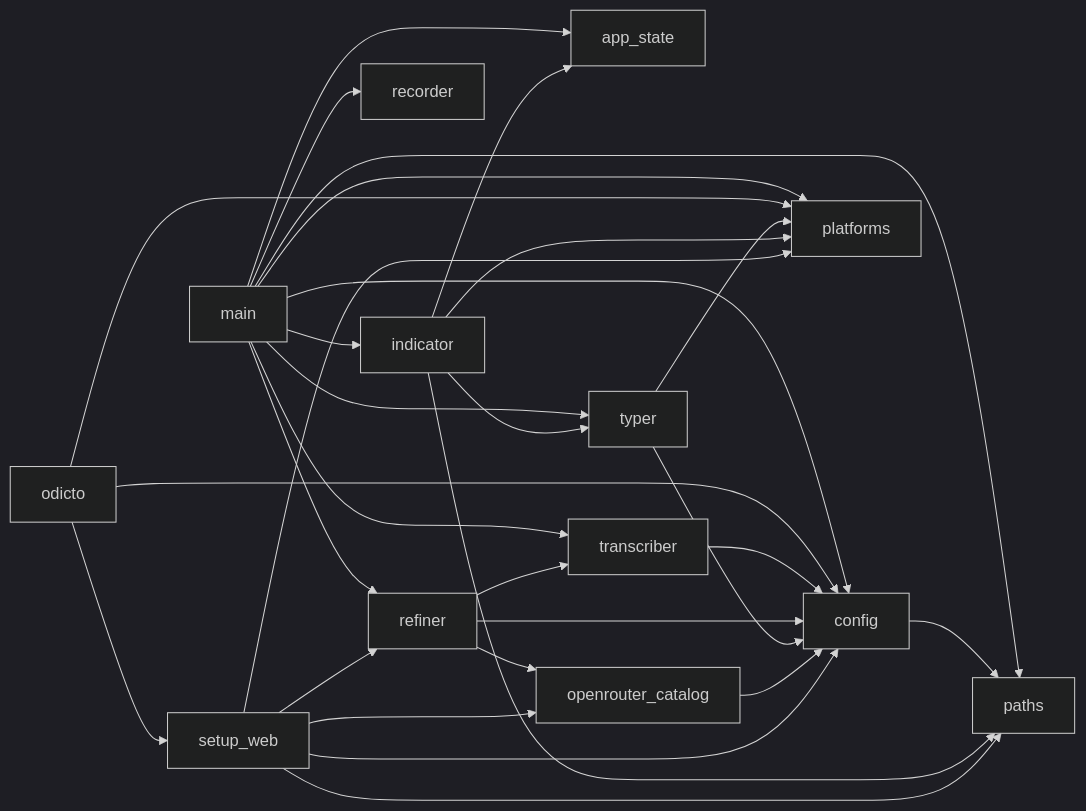
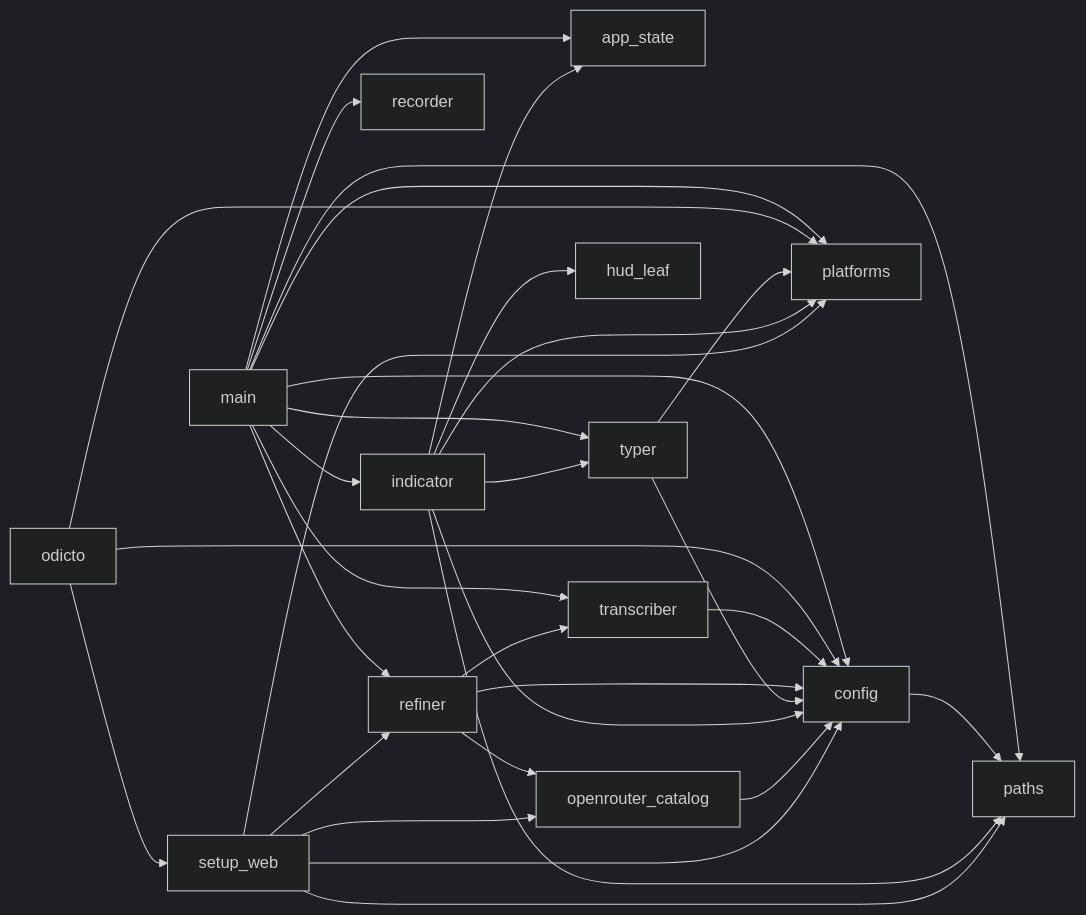
Before and after one commit to Gargeya-Grey/Odicto: the second of 7 diagrams in docs/architecture.md, drawn with Mermaid (dark theme). The commit also changed other lines of this file and 5 other files, not shown here.

First line of the commit message:
Paint the HUD with the leaf painter

````diff
--- a/docs/architecture.md
+++ b/docs/architecture.md
@@ -310,32 +311,34 @@
 ```mermaid
 graph LR
     main --> app_state
     main --> config
     main --> indicator
     main --> paths
     main --> platforms
     main --> recorder
     main --> refiner
     main --> transcriber
     main --> typer
     odicto --> config
     odicto --> platforms
     odicto --> setup_web
     config --> paths
     transcriber --> config
     refiner --> config
     refiner --> openrouter_catalog
     refiner --> transcriber
     typer --> config
     typer --> platforms
     indicator --> app_state
+    indicator --> config
+    indicator --> hud_leaf
     indicator --> paths
     indicator --> platforms
     indicator --> typer
     openrouter_catalog --> config
     setup_web --> config
     setup_web --> openrouter_catalog
     setup_web --> paths
     setup_web --> platforms
     setup_web --> refiner
 ```
````
